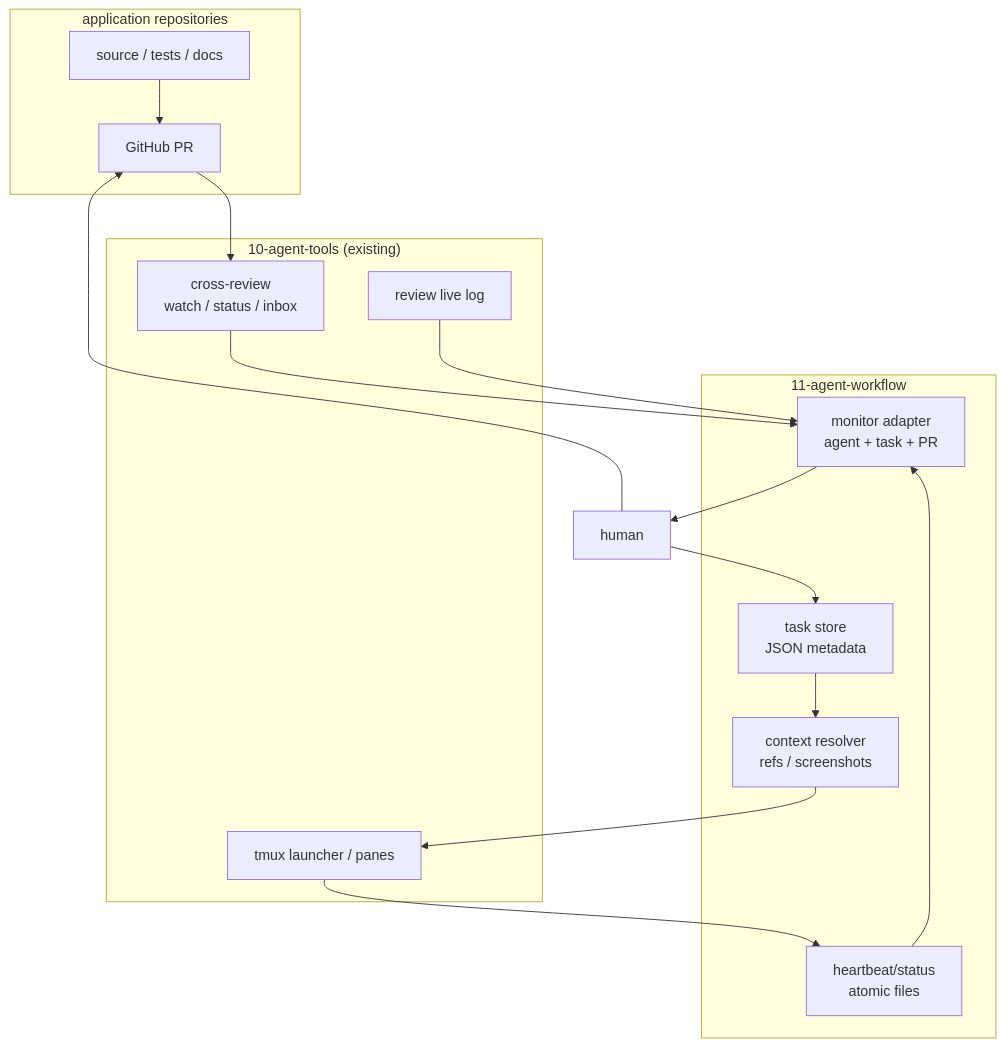
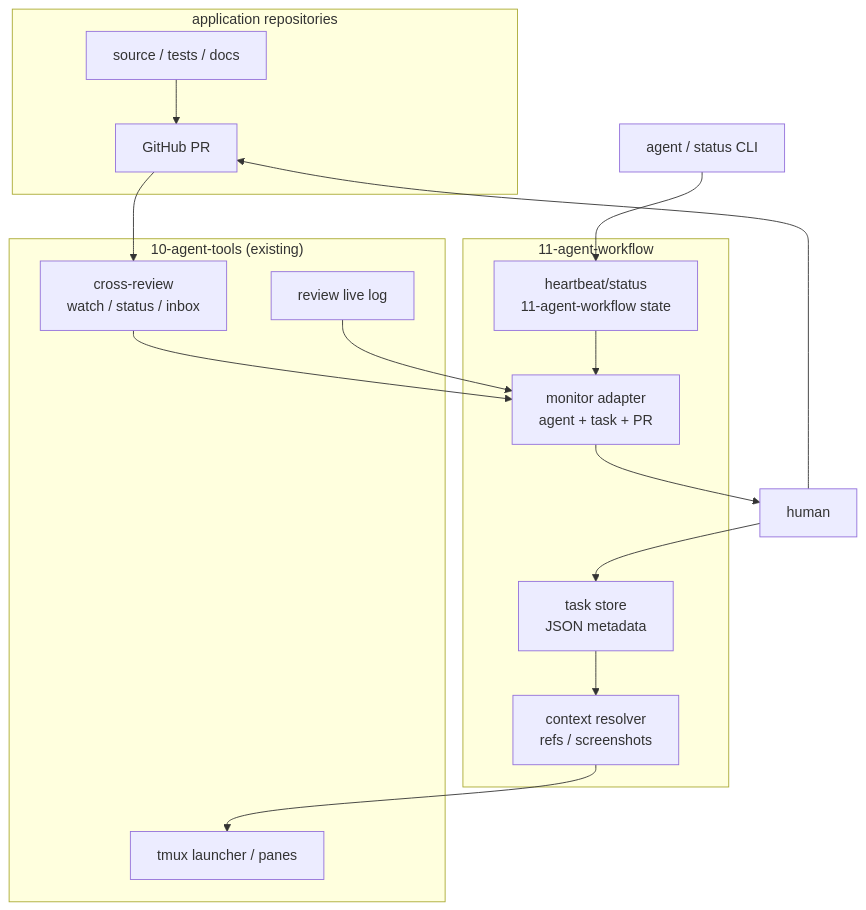
One commit to aidabo/agent-workflow changed the first of 2 diagrams in docs/architecture.md. Above: the diagram before and after it, drawn with Mermaid. The commit also changed other lines of this file and 4 other files, not shown here.

````diff
--- a/docs/architecture.md
+++ b/docs/architecture.md
@@ -5,31 +5,31 @@
 ```mermaid
 flowchart TB
   subgraph APP["application repositories"]
     CODE["source / tests / docs"]
     PR["GitHub PR"]
   end
   subgraph AW["11-agent-workflow"]
     TASK["task store\nJSON metadata"]
     CTX["context resolver\nrefs / screenshots"]
-    HS["heartbeat/status\natomic files"]
+    HS["heartbeat/status\n11-agent-workflow state"]
     MON["monitor adapter\nagent + task + PR"]
   end
   subgraph TOOLS["10-agent-tools (existing)"]
     TMUX["tmux launcher / panes"]
     CR["cross-review\nwatch / status / inbox"]
     LIVE["review live log"]
   end
   H["human"]
 
   H --> TASK
   TASK --> CTX
   CTX --> TMUX
-  TMUX --> HS
+  A["agent / status CLI"] --> HS
   HS --> MON
   CR --> MON
   LIVE --> MON
   CODE --> PR
   PR --> CR
   MON --> H
   H --> PR
 ```
````
